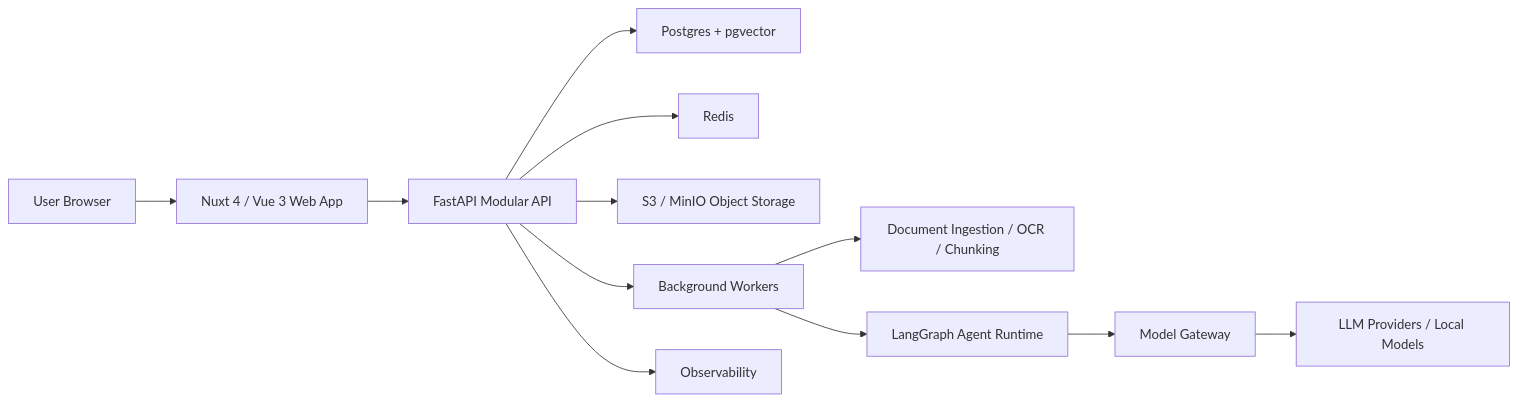
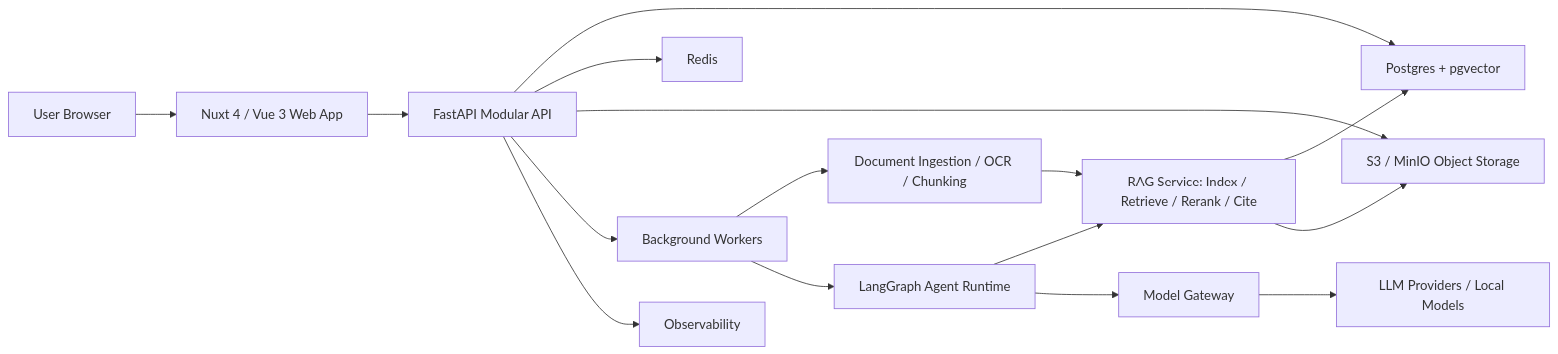
One commit to hxy-2024/study_agent changed the first of 2 diagrams in introduction.md. Above: the diagram before and after it, drawn with Mermaid. The commit also changed other lines of this file and 1 other file, not shown here.

Commit message:
docs: add rag to study agent architecture

````diff
--- a/introduction.md
+++ b/introduction.md
@@ -85,14 +86,18 @@
 ```mermaid
 flowchart LR
   U["User Browser"] --> FE["Nuxt 4 / Vue 3 Web App"]
   FE --> API["FastAPI Modular API"]
   API --> PG["Postgres + pgvector"]
   API --> Redis["Redis"]
   API --> Obj["S3 / MinIO Object Storage"]
   API --> Worker["Background Workers"]
   Worker --> Ingest["Document Ingestion / OCR / Chunking"]
+  Ingest --> RAG["RAG Service: Index / Retrieve / Rerank / Cite"]
+  RAG --> PG
+  RAG --> Obj
   Worker --> Graph["LangGraph Agent Runtime"]
+  Graph --> RAG
   Graph --> Gateway["Model Gateway"]
   Gateway --> LLM["LLM Providers / Local Models"]
   API --> Obs["Observability"]
 ```
````
